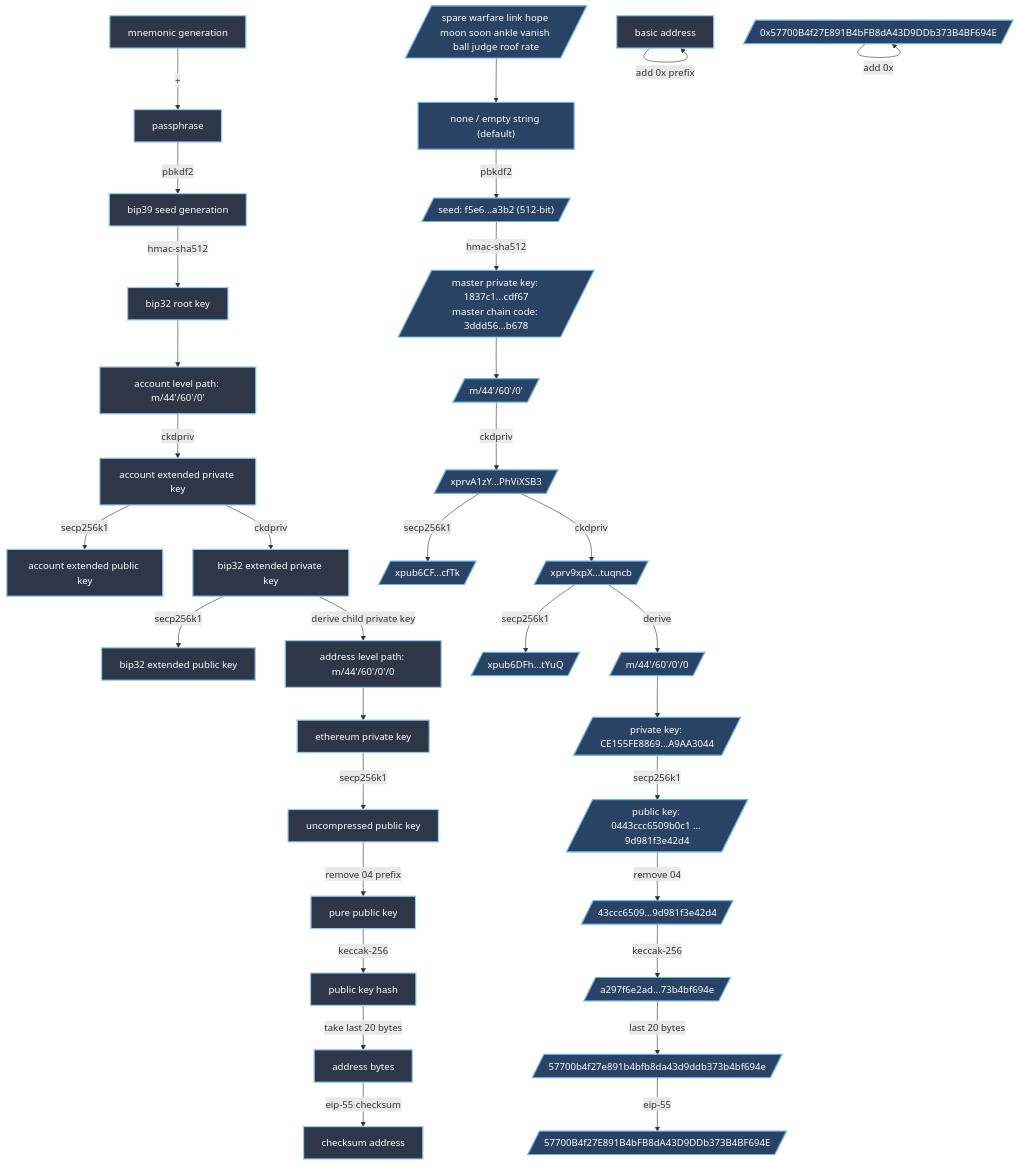
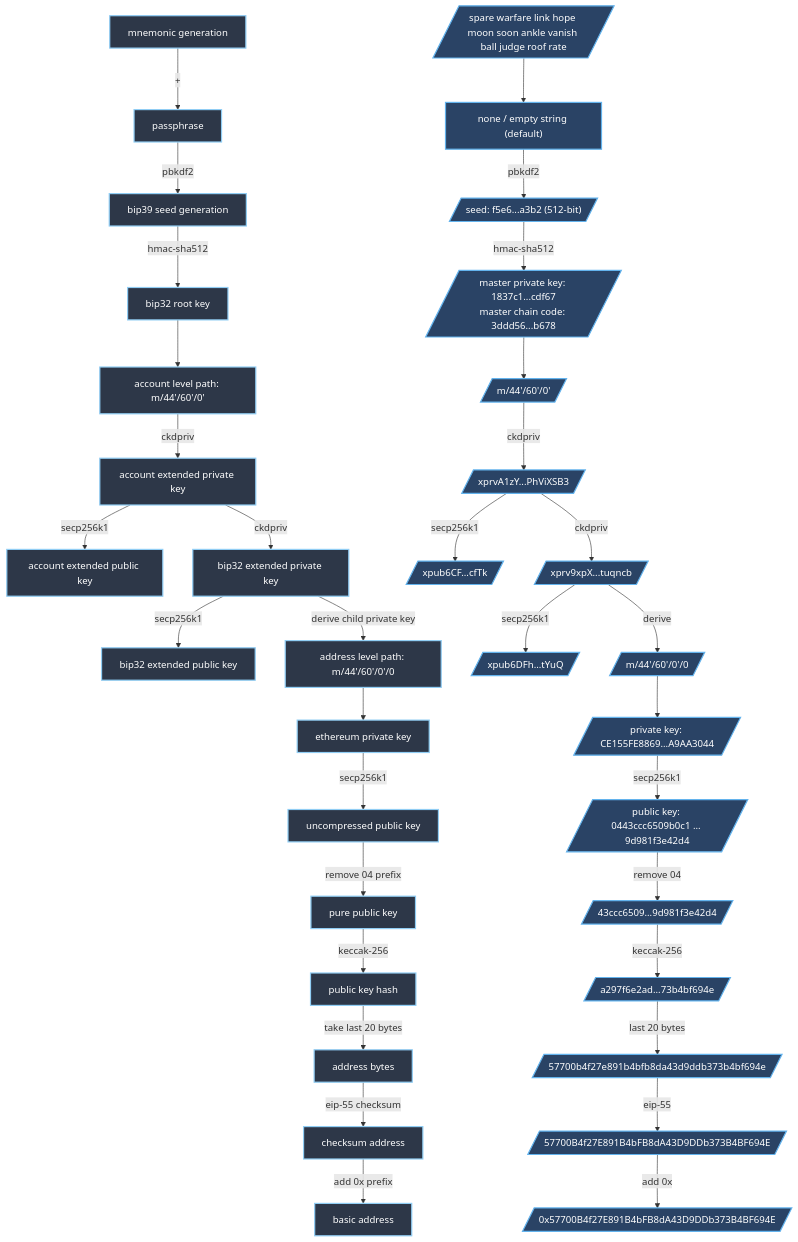
One commit to mishoko/blog changed the diagram in content/posts/web3/ethereum-address-generation.md. Above: the diagram before and after it, drawn with Mermaid.

Commit message:
fix diagram flow

```diff
--- a/content/posts/web3/ethereum-address-generation.md
+++ b/content/posts/web3/ethereum-address-generation.md
@@ -49,7 +49,7 @@
 
 n -->|eip-55 checksum| p[checksum address]
 
-o -->|add 0x prefix| o[basic address]
+p -->|add 0x prefix| o[basic address]
 
 
 
@@ -87,7 +87,7 @@
 
 n1 -->|eip-55| p1[/"57700B4f27E891B4bFB8dA43D9DDb373B4BF694E"/]
 
-o1 -->|add 0x| o1[/"0x57700B4f27E891B4bFB8dA43D9DDb373B4BF694E"/]
+p1 -->|add 0x| o1[/"0x57700B4f27E891B4bFB8dA43D9DDb373B4BF694E"/]
 
 
 
```
